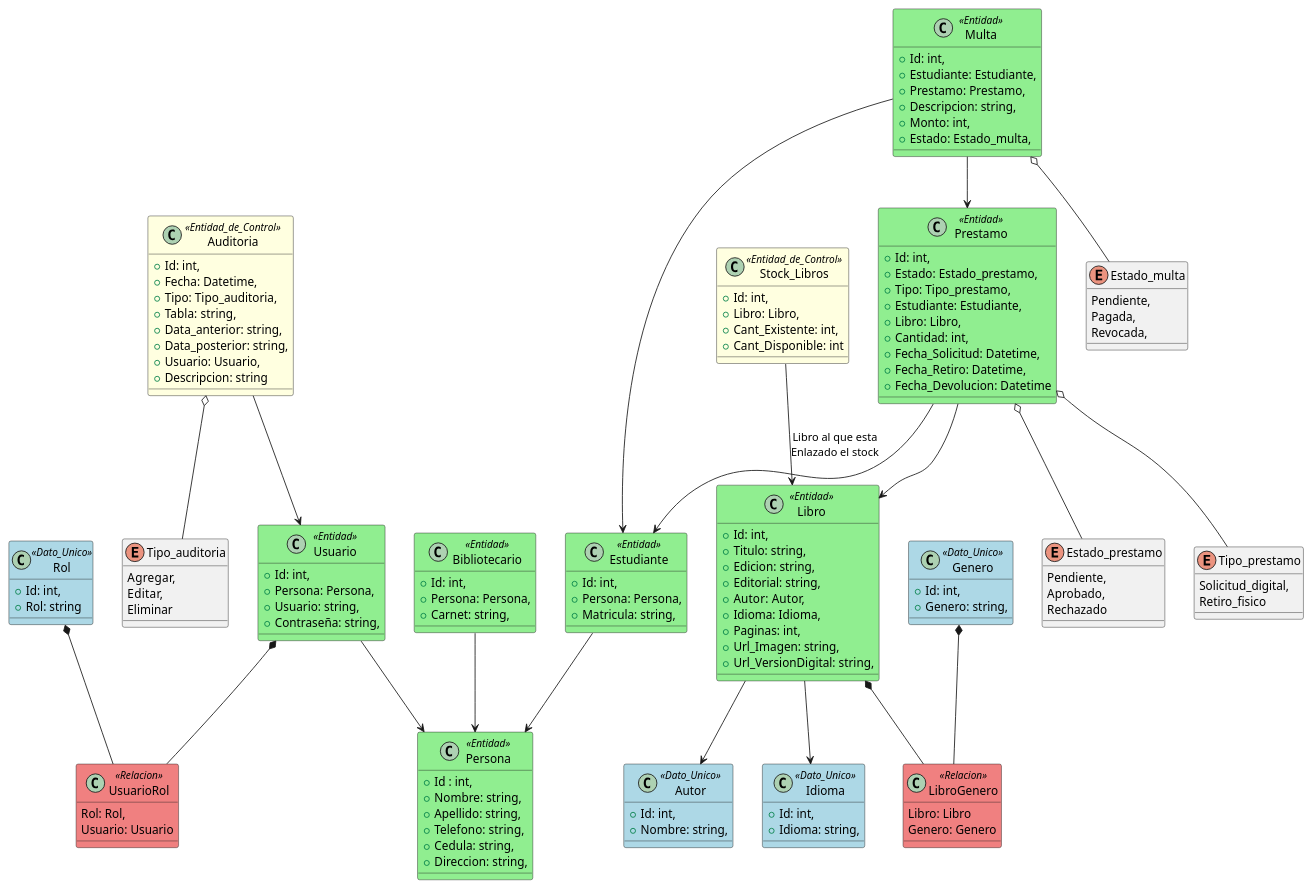
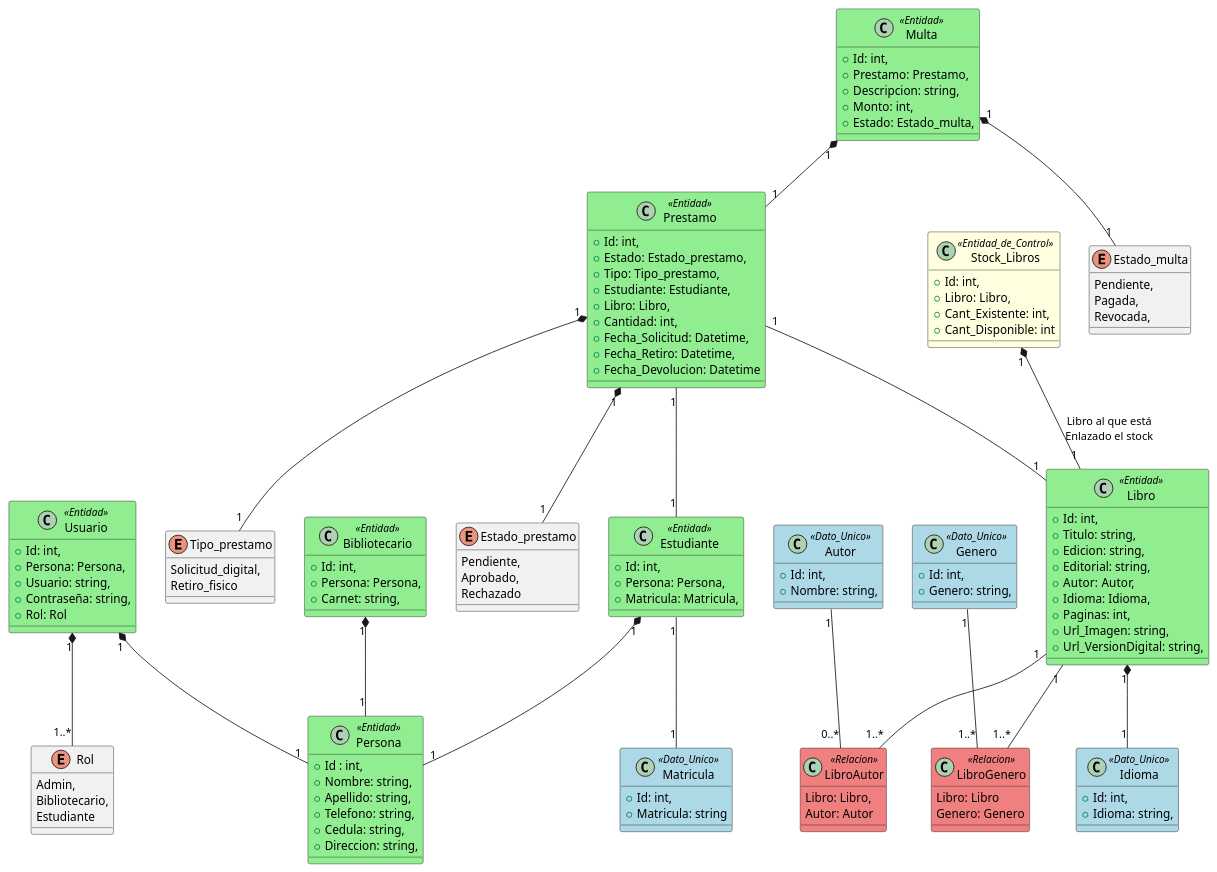
Before and after one commit to Crhistian26/ITLA-HomeWork-Programming-1: the diagram in src/Final Project/Documentacion/Diagramas/Codigo de diagramas/Diagrama de clases.plantuml, drawn with PlantUML. The commit also changed 5 other files, not shown here.

```diff
--- a/src/Final Project/Documentacion/Diagramas/Codigo de diagramas/Diagrama de clases.plantuml
+++ b/src/Final Project/Documentacion/Diagramas/Codigo de diagramas/Diagrama de clases.plantuml
@@ -1,163 +1,154 @@
 @startuml
 
 skinparam Class {
     BackgroundColor<<Entidad>> LightGreen
     BackgroundColor<<Dato_Unico>> LightBlue
     BackgroundColor<<Relacion>> LightCoral
     BackgroundColor<<Entidad_de_Control>> LightYellow
     BackgroundColor<<Enum>> LightGrey
 }
 
 Class Persona <<Entidad>>{
     +Id : int,
     +Nombre: string,
     +Apellido: string,
     +Telefono: string,
     +Cedula: string,
     +Direccion: string,
+    
 }
 
 Class Usuario <<Entidad>>{
     +Id: int,
     +Persona: Persona,
     +Usuario: string,
     +Contraseña: string,
+    +Rol: Rol
 }
 
-Class Rol <<Dato_Unico>>{
-    +Id: int,
-    +Rol: string
-}
-
-Class UsuarioRol <<Relacion>>{
-    Rol: Rol,
-    Usuario: Usuario
-}
 Class Estudiante <<Entidad>>{
     +Id: int,
     +Persona: Persona,
-    +Matricula: string,
+    +Matricula: Matricula,
 }
 
+class Matricula <<Dato_Unico>>{
+    +Id: int,
+    +Matricula: string
+}
 Class Bibliotecario <<Entidad>>{
     +Id: int,
     +Persona: Persona,
     +Carnet: string,
 }
 
 Class Libro <<Entidad>>{
     +Id: int,
     +Titulo: string,
     +Edicion: string,
     +Editorial: string,
     +Autor: Autor,
     +Idioma: Idioma,
     +Paginas: int,
     +Url_Imagen: string,
     +Url_VersionDigital: string,
 }
 
 Class Stock_Libros <<Entidad_de_Control>>{
     +Id: int,
     +Libro: Libro,
     +Cant_Existente: int,
     +Cant_Disponible: int
 }
 
 Class Autor <<Dato_Unico>>{
     +Id: int,
     +Nombre: string,
 }
 
 Class Idioma <<Dato_Unico>>{
     +Id: int,
     +Idioma: string,
 }
 
 Class Genero <<Dato_Unico>>{
     +Id: int,
     +Genero: string,
 }
 
 Class Prestamo <<Entidad>>{
     +Id: int,
     +Estado: Estado_prestamo,
     +Tipo: Tipo_prestamo,
     +Estudiante: Estudiante,
     +Libro: Libro,
     +Cantidad: int,
     +Fecha_Solicitud: Datetime,
     +Fecha_Retiro: Datetime,
     +Fecha_Devolucion: Datetime
 }
 
 Class Multa <<Entidad>>{
     +Id: int,
-    +Estudiante: Estudiante,
     +Prestamo: Prestamo,
     +Descripcion: string,
     +Monto: int,
     +Estado: Estado_multa,
 }
 
-Class Auditoria <<Entidad_de_Control>>{
-    +Id: int,
-    +Fecha: Datetime,
-    +Tipo: Tipo_auditoria,
-    +Tabla: string,
-    +Data_anterior: string,
-    +Data_posterior: string,
-    +Usuario: Usuario,
-    +Descripcion: string
-}
-
 Class LibroGenero <<Relacion>>{
     Libro: Libro
     Genero: Genero
 }
-enum Tipo_auditoria{
-    Agregar,
-    Editar,
-    Eliminar
+
+Class LibroAutor <<Relacion>>{
+    Libro: Libro,
+    Autor: Autor
+}
+enum Rol{
+    Admin,
+    Bibliotecario,
+    Estudiante
 }
 
 enum Estado_multa{
     Pendiente,
     Pagada,
     Revocada,
 }
 
 enum Estado_prestamo{
     Pendiente,
     Aprobado,
     Rechazado
 }
 
 enum Tipo_prestamo{
     Solicitud_digital,
     Retiro_fisico
 }
 
-Usuario -->Persona
-Estudiante --> Persona
-Bibliotecario --> Persona
-Prestamo --> Libro
-Prestamo --> Estudiante
-Prestamo o-- Tipo_prestamo
-Prestamo o-- Estado_prestamo
-Multa --> Estudiante
-Multa --> Prestamo
-Multa o-- Estado_multa
-Usuario *-- UsuarioRol
-Rol *-- UsuarioRol
-Auditoria --> Usuario
-Auditoria o-- Tipo_auditoria
-Libro *-- LibroGenero 
-Genero *-- LibroGenero
-Libro --> Idioma
-Libro -->  Autor
-Stock_Libros --> Libro : "Libro al que esta\nEnlazado el stock"
+Usuario "1" *-- "1" Persona         
+Usuario "1" *-- "1..*" Rol          
 
+Estudiante "1" *-- "1" Persona     
+Estudiante "1" -- "1" Matricula 
+Bibliotecario "1" *-- "1" Persona   
 
+Prestamo "1" -- "1" Libro
+Prestamo "1" -- "1" Estudiante
+Prestamo "1" *-- "1" Tipo_prestamo
+Prestamo "1" *-- "1" Estado_prestamo
+
+Multa "1" *-- "1" Prestamo
+Multa "1" *-- "1" Estado_multa
+
+Libro "1" -- "1..*" LibroGenero
+Genero "1" -- "1..*" LibroGenero
+Libro "1" *-- "1" Idioma
+Libro "1" -- "1..*" LibroAutor
+Autor "1" -- "0..*" LibroAutor
+
+Stock_Libros "1" *-- "1" Libro : "Libro al que está\nEnlazado el stock"
 
 @enduml
```
